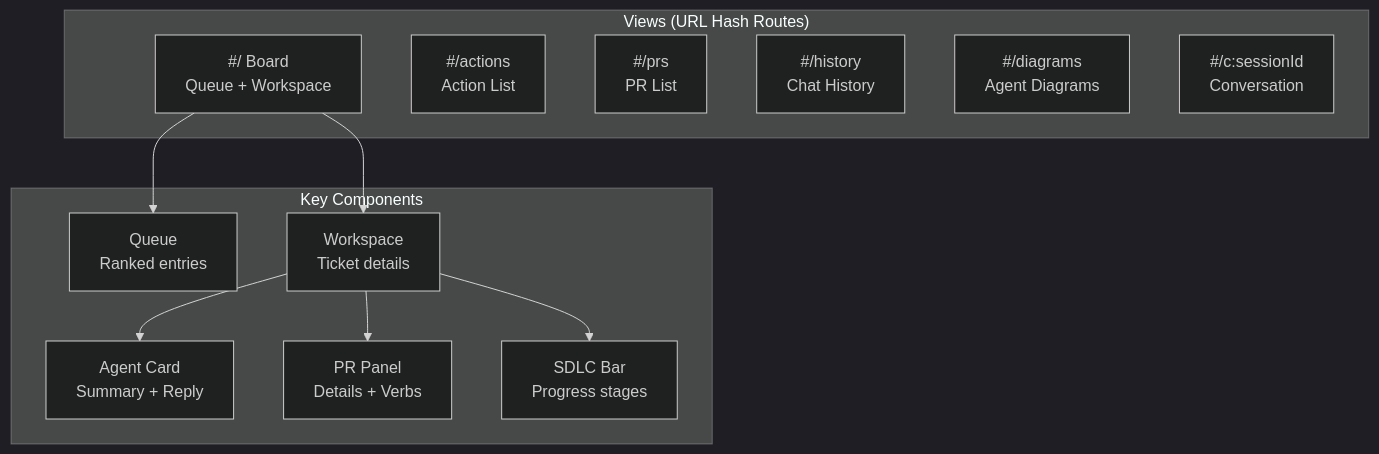
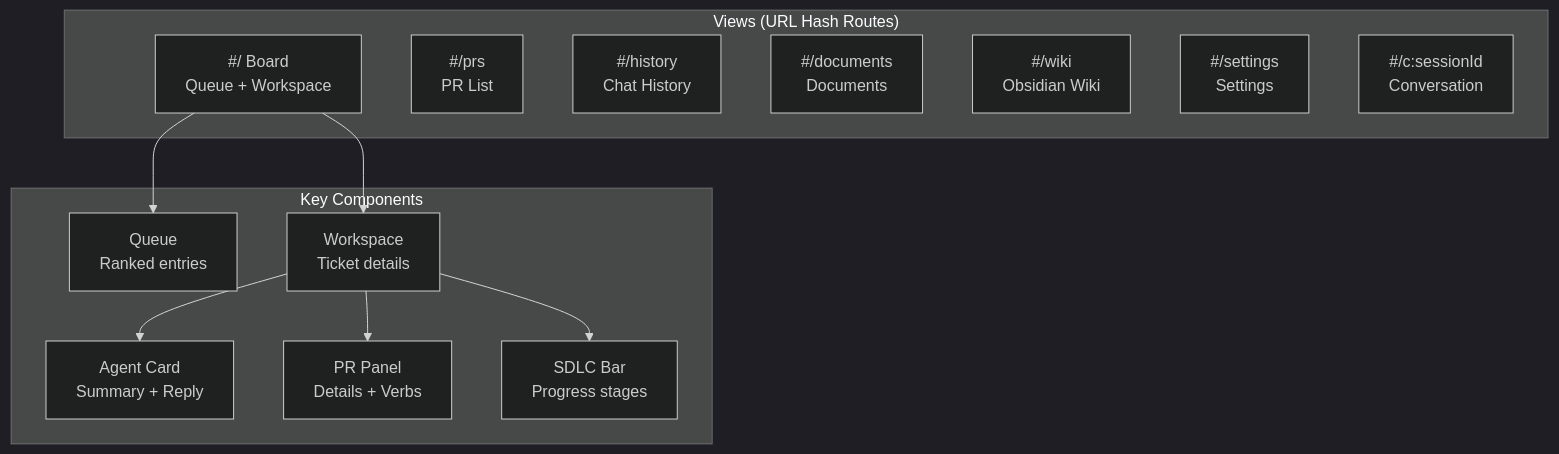
Before and after one commit to pgragg/agent-dash: the sixth of 12 diagrams in docs/ARCHITECTURE.md, drawn with Mermaid (dark theme). The commit also changed other lines of this file and 2 other files, not shown here.

Commit message:
AD-69: README and capabilities page show what agent-dash does today

````diff
--- a/docs/ARCHITECTURE.md
+++ b/docs/ARCHITECTURE.md
@@ -205,25 +205,26 @@
 ```mermaid
 flowchart TB
     subgraph views["Views (URL Hash Routes)"]
         board["#/ Board<br/>Queue + Workspace"]
-        actions["#/actions<br/>Action List"]
         prsView["#/prs<br/>PR List"]
         history["#/history<br/>Chat History"]
-        diagrams["#/diagrams<br/>Agent Diagrams"]
+        documents["#/documents<br/>Documents"]
+        wiki["#/wiki<br/>Obsidian Wiki"]
+        settings["#/settings<br/>Settings"]
         conv["#/c:sessionId<br/>Conversation"]
     end
 
     subgraph components["Key Components"]
         queue["Queue<br/>Ranked entries"]
         workspace["Workspace<br/>Ticket details"]
         agentCard["Agent Card<br/>Summary + Reply"]
         prPanel["PR Panel<br/>Details + Verbs"]
         sdlc["SDLC Bar<br/>Progress stages"]
     end
 
     board --> queue
     board --> workspace
     workspace --> agentCard
     workspace --> prPanel
     workspace --> sdlc
 ```
````
